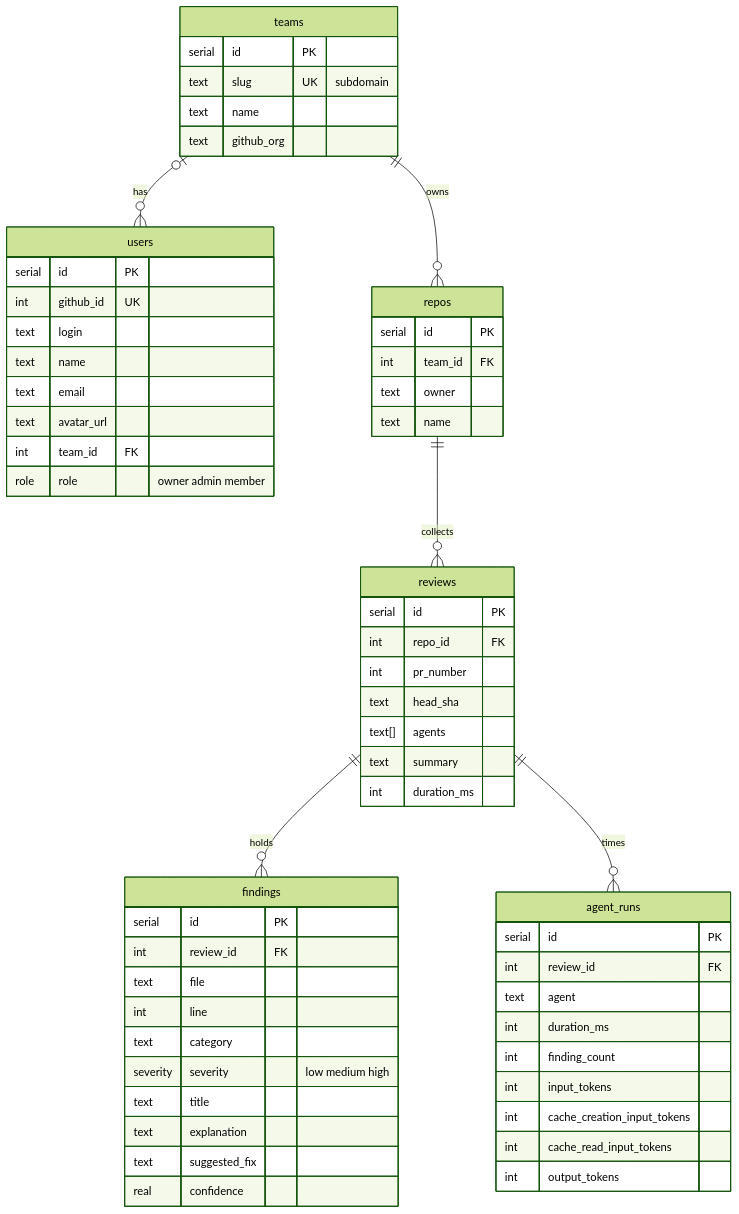
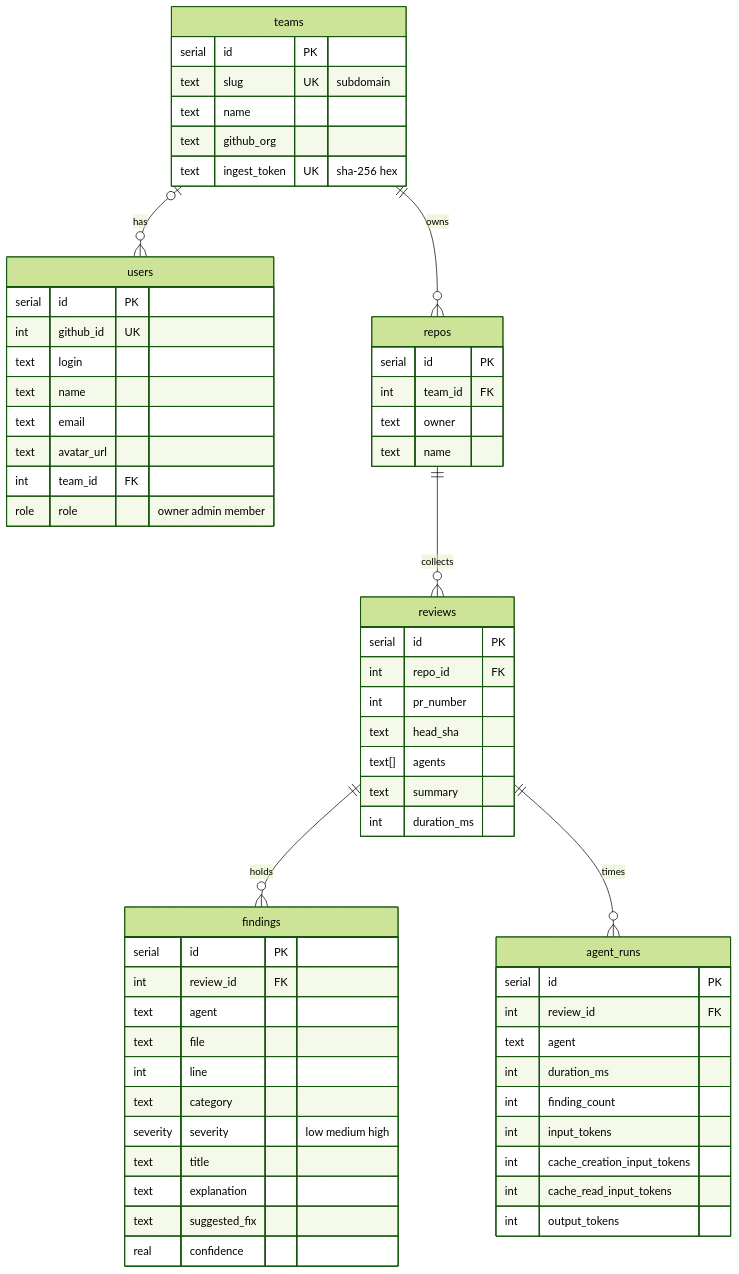
Before and after one commit to sunnyeyles/lintcat: the diagram in packages/db/README.md, drawn with Mermaid (forest theme). The commit also changed other lines of this file and 3 other files, not shown here.

Commit message:
feat(db): ingestReviewRecord writes the review, its agent runs and findings

````diff
--- a/packages/db/README.md
+++ b/packages/db/README.md
@@ -6,63 +6,65 @@
 ```mermaid
 erDiagram
   teams |o--o{ users : "has"
   teams ||--o{ repos : "owns"
   repos ||--o{ reviews : "collects"
   reviews ||--o{ findings : "holds"
   reviews ||--o{ agent_runs : "times"
 
   users {
     serial id PK
     int github_id UK
     text login
     text name
     text email
     text avatar_url
     int team_id FK
     role role "owner admin member"
   }
   teams {
     serial id PK
     text slug UK "subdomain"
     text name
     text github_org
+    text ingest_token UK "sha-256 hex"
   }
   repos {
     serial id PK
     int team_id FK
     text owner
     text name
   }
   reviews {
     serial id PK
     int repo_id FK
     int pr_number
     text head_sha
     text[] agents
     text summary
     int duration_ms
   }
   agent_runs {
     serial id PK
     int review_id FK
     text agent
     int duration_ms
     int finding_count
     int input_tokens
     int cache_creation_input_tokens
     int cache_read_input_tokens
     int output_tokens
   }
   findings {
     serial id PK
     int review_id FK
+    text agent
     text file
     int line
     text category
     severity severity "low medium high"
     text title
     text explanation
     text suggested_fix
     real confidence
   }
 ```
````
